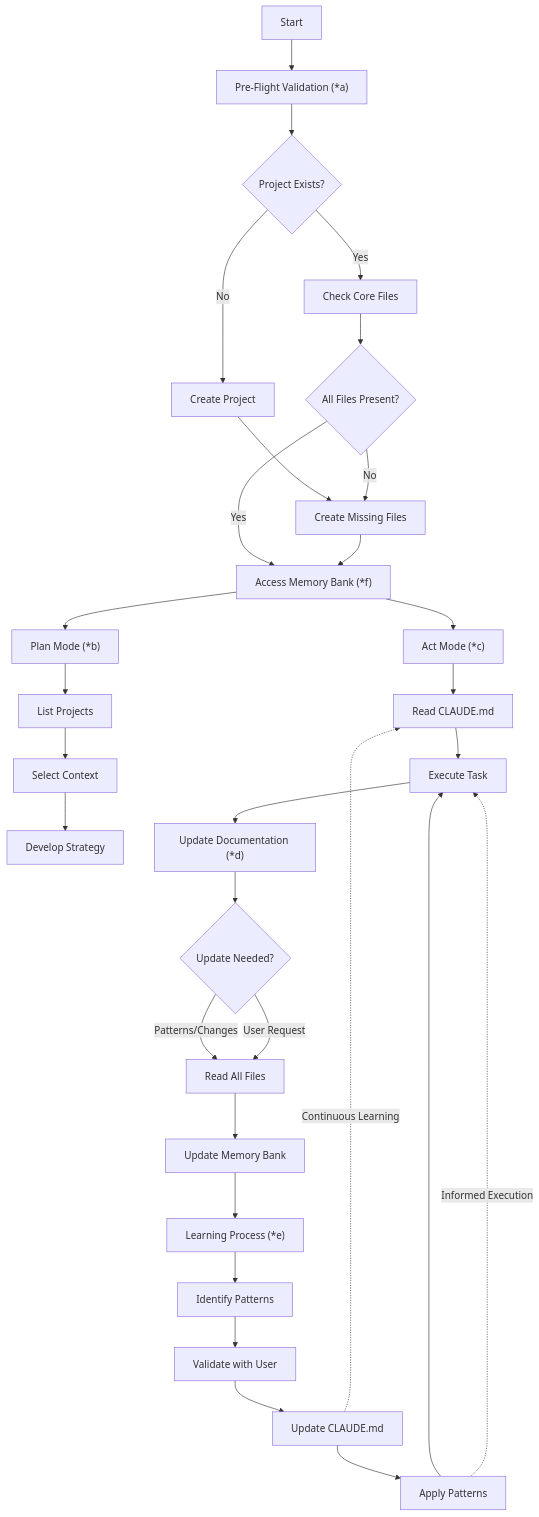
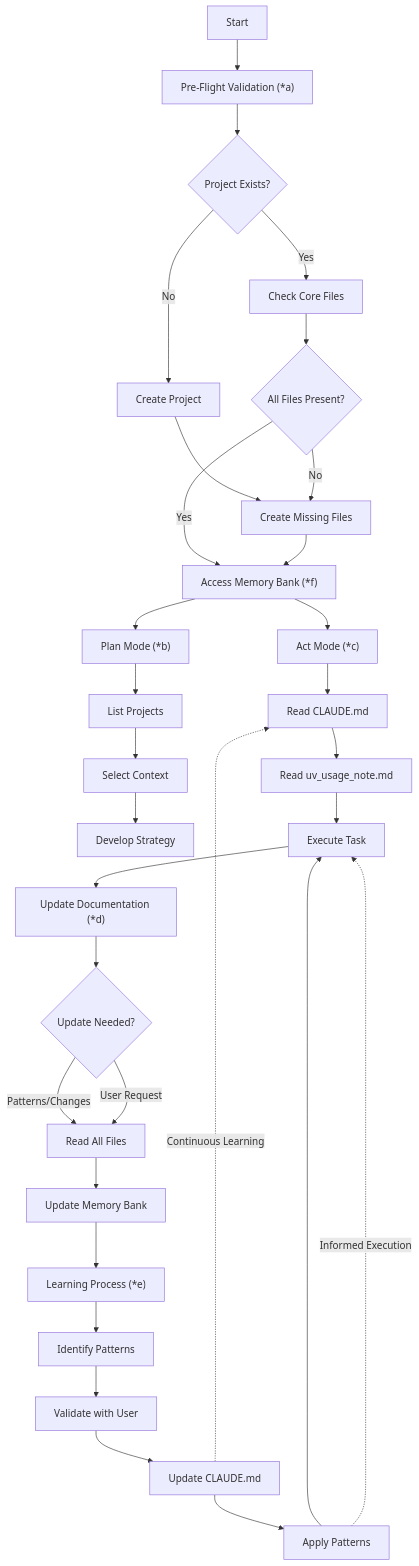
The first of 2 diagrams in templates/projects/python_fastapi_sqlmodel/.claude/commands/MemoryBank.md (Caronex-Labs/IntelligenceInterface), drawn with Mermaid before and after one commit. The commit also changed other lines of this file and 173 other files, not shown here.

````diff
--- a/templates/projects/python_fastapi_sqlmodel/.claude/commands/MemoryBank.md
+++ b/templates/projects/python_fastapi_sqlmodel/.claude/commands/MemoryBank.md
@@ -26,39 +27,40 @@
 ```mermaid
 flowchart TD
     A[Start] --> B["Pre-Flight Validation (*a)"]
     B --> C{Project Exists?}
     C -->|Yes| D[Check Core Files]
     C -->|No| E[Create Project] --> H[Create Missing Files]
 
     D --> F{All Files Present?}
     F -->|Yes| G["Access Memory Bank (*f)"]
     F -->|No| H[Create Missing Files]
 
     H --> G
     G --> I["Plan Mode (*b)"]
     G --> J["Act Mode (*c)"]
 
     I --> K[List Projects]
     K --> L[Select Context]
     L --> M[Develop Strategy]
 
     J --> N[Read CLAUDE.md]
-    N --> O[Execute Task]
+    N --> N1[Read uv_usage_note.md]
+    N1 --> O[Execute Task]
     O --> P["Update Documentation (*d)"]
 
     P --> Q{Update Needed?}
     Q -->|Patterns/Changes| R[Read All Files]
     Q -->|User Request| R
     R --> S[Update Memory Bank]
 
     S --> T["Learning Process (*e)"]
     T --> U[Identify Patterns]
     U --> V[Validate with User]
     V --> W[Update CLAUDE.md]
     W --> X[Apply Patterns]
     X --> O
 
     %% Intelligence Connections
     W -.->|Continuous Learning| N
     X -.->|Informed Execution| O
 ```
````
